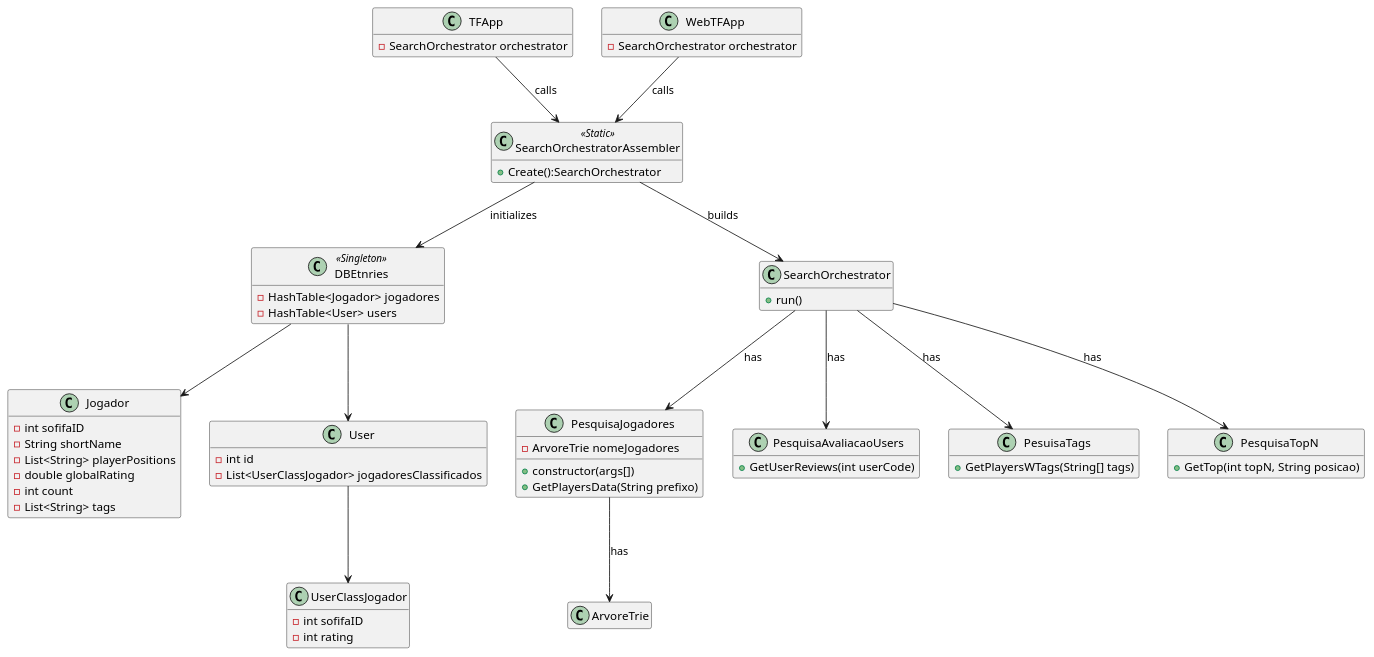
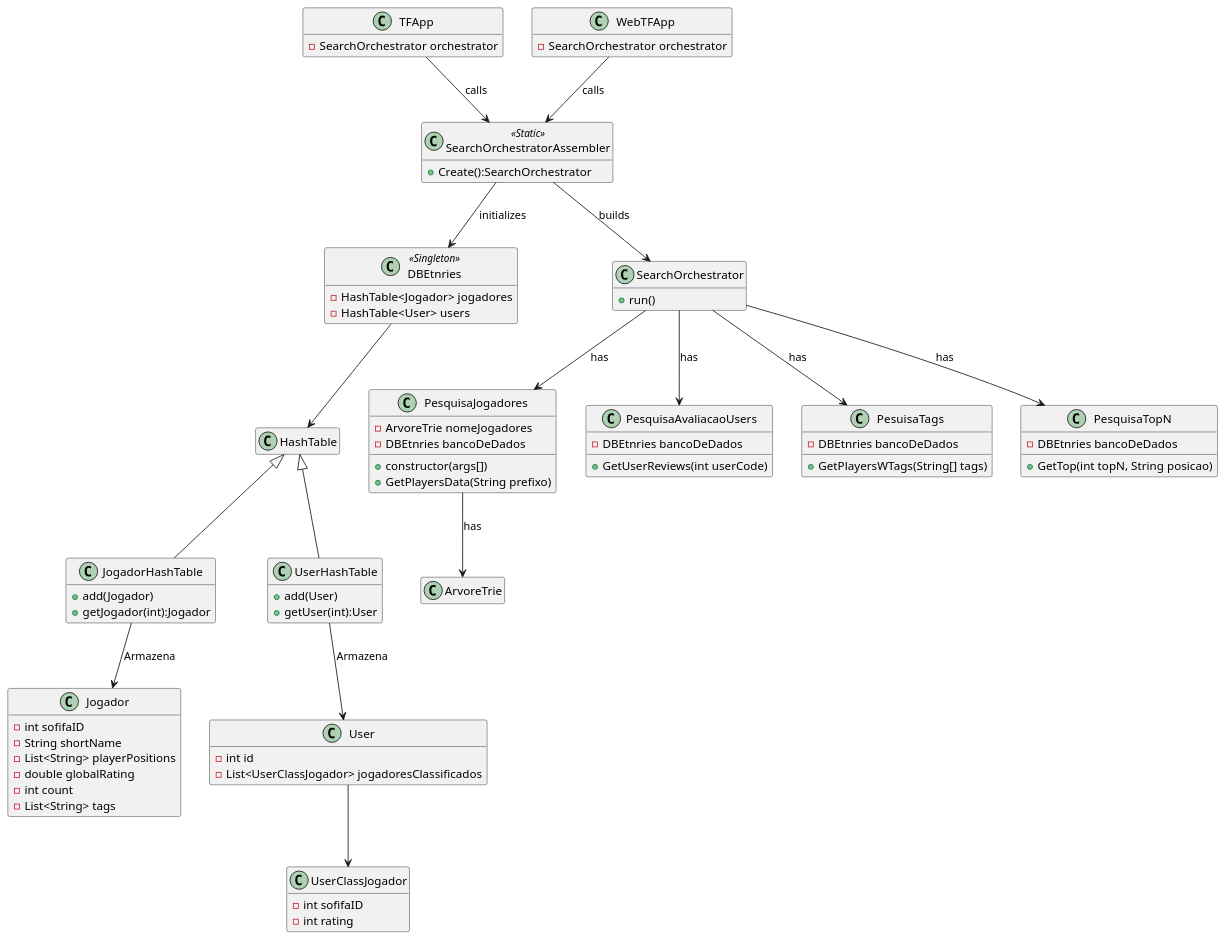
The diagram in classDiagram.wsd (JoaoCosme/TrabFinalCPD), drawn with PlantUML before and after one commit. The commit also changed 6 other files, not shown here.

Commit message:
Diagrama de classes atualizado e construtor das pesquisas atualizados para receber DBentries assim(mais claro e legivel)

```diff
--- a/classDiagram.wsd
+++ b/classDiagram.wsd
@@ -1,75 +1,94 @@
 @startuml classDiagram
     hide empty members
 
     class TFApp{
         -SearchOrchestrator orchestrator
     }
     class WebTFApp{
         -SearchOrchestrator orchestrator
     }
 
     class SearchOrchestratorAssembler<<Static>>{
         +Create():SearchOrchestrator
     }
     class DBEtnries<<Singleton>>{
         - HashTable<Jogador> jogadores
         - HashTable<User> users
+    }
+
+    class HashTable{
+
+    }
+
+    class JogadorHashTable extends HashTable{
+        + add(Jogador)
+        + getJogador(int):Jogador
+    }
+
+    class UserHashTable extends HashTable{
+        + add(User)
+        + getUser(int):User
     }
 
     class Jogador{
         - int sofifaID
         - String shortName
         - List<String> playerPositions
         - double globalRating
         - int count
         - List<String> tags
     }
 
     class UserClassJogador{
         - int sofifaID
         - int rating
     }
 
     class User{
         - int id
         - List<UserClassJogador> jogadoresClassificados
     }
 
     class SearchOrchestrator{
         +run()
     }
 
     class PesquisaJogadores{
         - ArvoreTrie nomeJogadores
+        - DBEtnries bancoDeDados
         + constructor(args[])
         + GetPlayersData(String prefixo)
     }
 
     Class ArvoreTrie{
 
     }
 
     class PesquisaAvaliacaoUsers{
+        - DBEtnries bancoDeDados
         + GetUserReviews(int userCode)
     }
     class PesuisaTags{
+        - DBEtnries bancoDeDados
         + GetPlayersWTags(String[] tags)
     }
     class PesquisaTopN{
+        - DBEtnries bancoDeDados
         + GetTop(int topN, String posicao)
     }
     
     SearchOrchestratorAssembler --> SearchOrchestrator:builds
     WebTFApp --> SearchOrchestratorAssembler:calls
     TFApp --> SearchOrchestratorAssembler:calls
     SearchOrchestratorAssembler --> DBEtnries: initializes
     SearchOrchestrator --> PesquisaJogadores:has
     SearchOrchestrator --> PesuisaTags:has
     SearchOrchestrator --> PesquisaTopN:has
     SearchOrchestrator --> PesquisaAvaliacaoUsers:has
     PesquisaJogadores --> ArvoreTrie: has
-    DBEtnries --> Jogador
-    DBEtnries --> User
+    DBEtnries --> HashTable
+    JogadorHashTable --> Jogador:Armazena
+    UserHashTable --> User: Armazena
     User --> UserClassJogador
     
 @enduml
```
